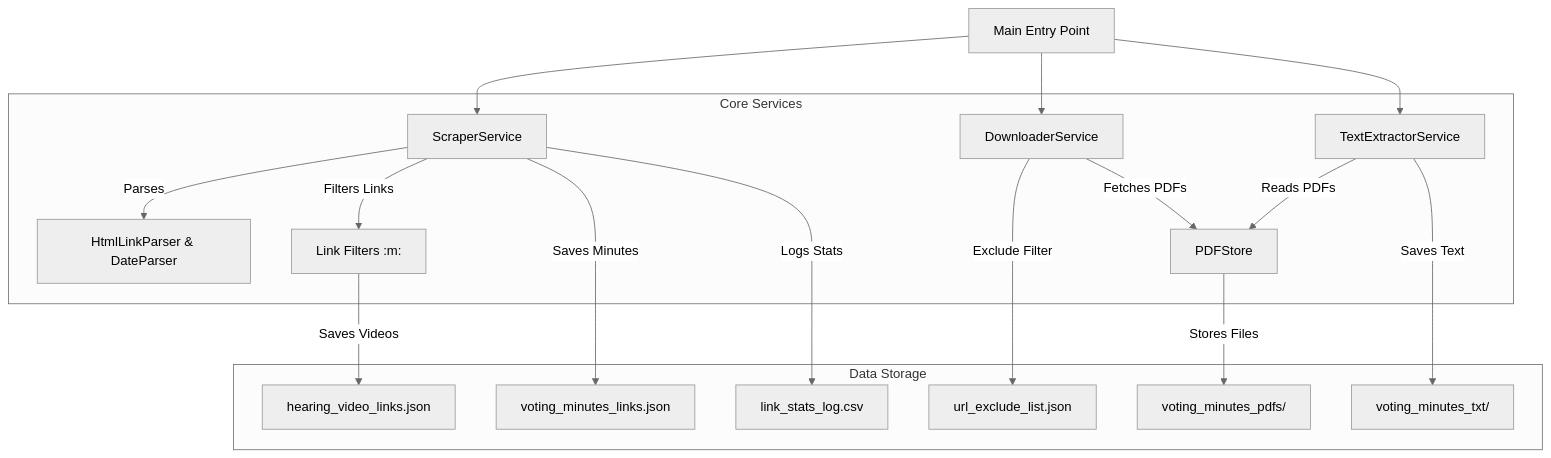
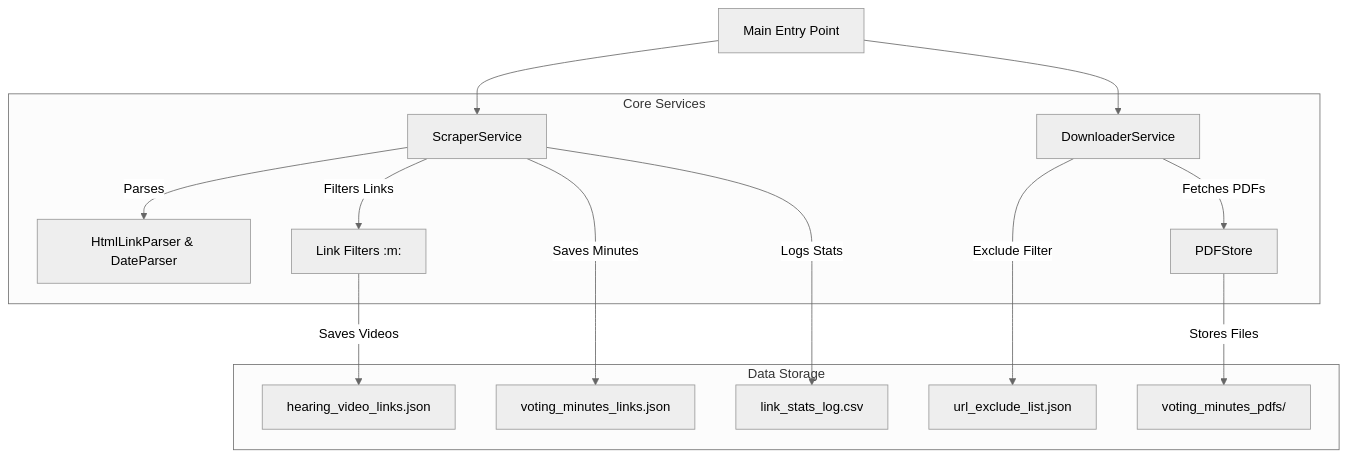
Before and after one commit to dwindleduck/boston-liquor-license-tracker: the diagram in scraper/scrape/README.md, drawn with Mermaid (neutral theme). The commit also changed other lines of this file and 17 other files, not shown here.

````diff
--- a/scraper/scrape/README.md
+++ b/scraper/scrape/README.md
@@ -19,22 +19,19 @@
 ```mermaid
 graph TD
     Main[Main Entry Point] --> Scraper[ScraperService]
     Main --> Downloader[DownloaderService]
-    Main --> Extractor[TextExtractorService]
 
     subgraph "Core Services"
         Scraper -->|Parses| Parser["HtmlLinkParser & DateParser"]
         Scraper -->|Filters Links| Filters[Link Filters :m:]
         Downloader -->|Fetches PDFs| PdfStore[PDFStore]
-        Extractor -->|Reads PDFs| PdfStore
     end
 
     subgraph "Data Storage"
         Filters -->|Saves Videos| VideoJson["hearing_video_links.json"]
         Scraper -->|Saves Minutes| MinutesJson["voting_minutes_links.json"]
         Scraper -->|Logs Stats| CsvLog["link_stats_log.csv"]
         Downloader -->|Exclude Filter| ExcludeJson["url_exclude_list.json"]
         PdfStore -->|Stores Files| PdfFiles["voting_minutes_pdfs/"]
-        Extractor -->|Saves Text| TxtFiles["voting_minutes_txt/"]
     end
 ```
````
